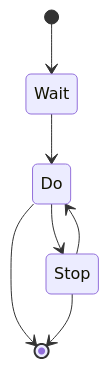
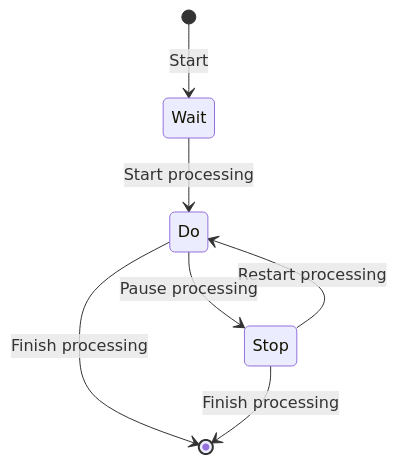
Before and after one commit to 058a/openapi-golang-6: the diagram in state.md, drawn with Mermaid.

Commit message:
updated status diagram

````diff
--- a/state.md
+++ b/state.md
@@ -1,9 +1,9 @@
 ```mermaid
 stateDiagram-v2
-    [*] --> Wait
-    Wait --> Do
-    Stop --> Do
-    Do --> Stop
-    Do --> [*]
-    Stop --> [*]
+    [*] --> Wait: Start
+    Wait --> Do: Start processing
+    Stop --> Do: Restart processing
+    Do --> Stop: Pause processing
+    Do --> [*]: Finish processing
+    Stop --> [*]: Finish processing
 ```
````
